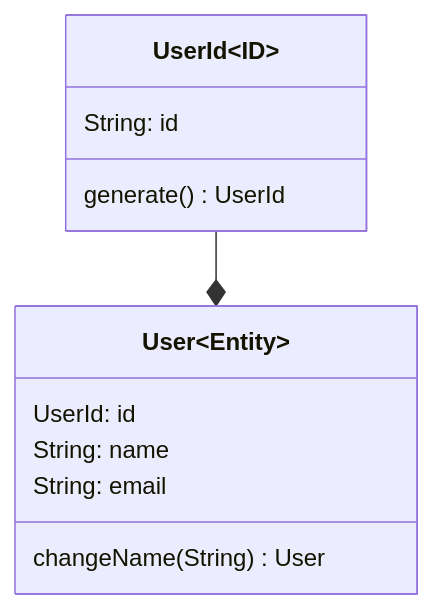
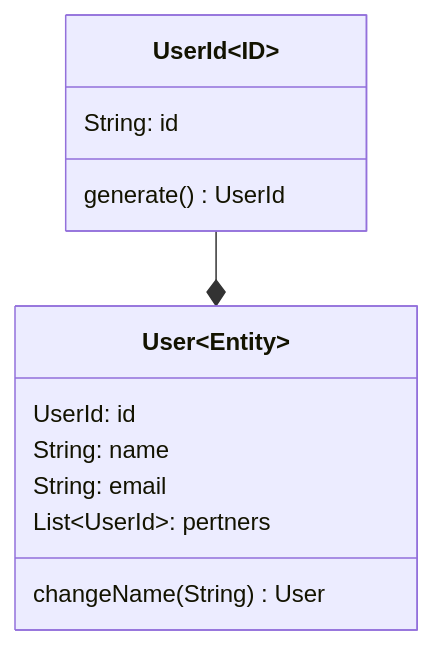
The first of 2 diagrams in docs/project/docs/models/models.md (hitohata/WhereWereWe), drawn with Mermaid before and after one commit. The commit also changed 1 other file, not shown here.

Commit message:
docs: added a partner document

````diff
--- a/docs/project/docs/models/models.md
+++ b/docs/project/docs/models/models.md
@@ -5,16 +5,17 @@
 ```mermaid
 classDiagram
     class UserId~ID~ {
         String: id 
         generate() UserId
     }
     
     class User~Entity~ { 
         UserId: id
         String: name
         String: email
+        List~UserId~: pertners
         changeName(String) User
     }
     
     UserId --* User
 ```
````
